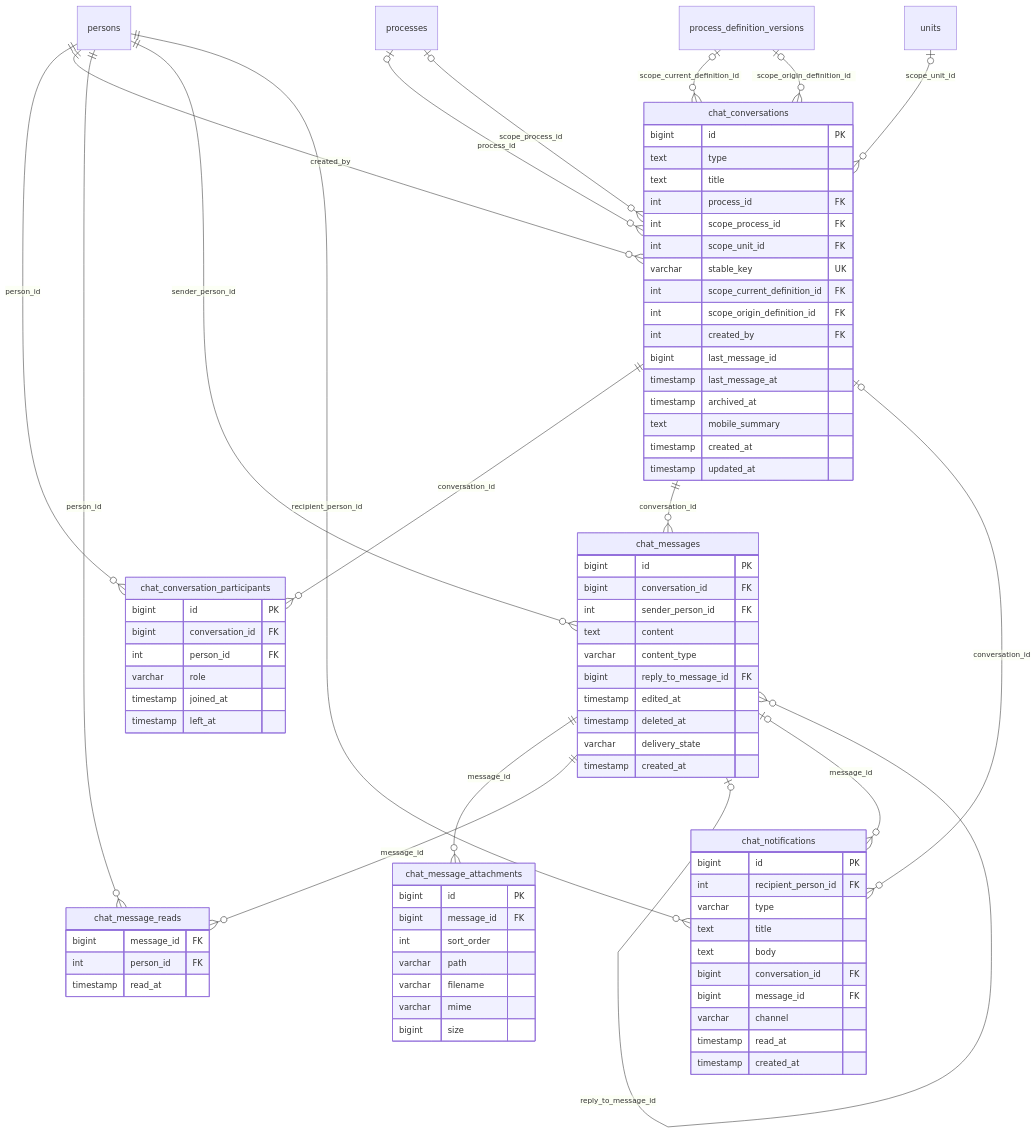
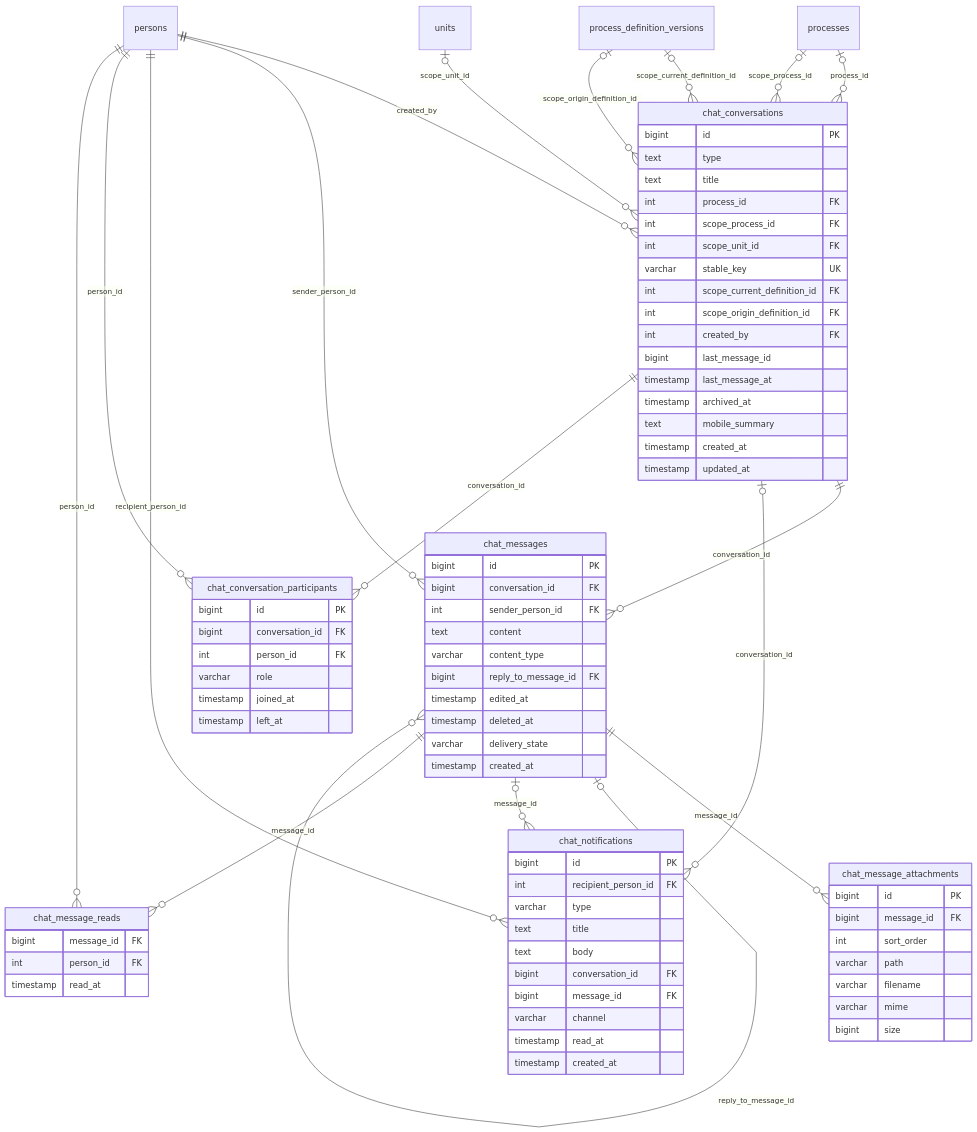
One commit to fresvel/deasy changed the tenth of 11 diagrams in docs/src/content/docs/complemento/mapa-con-campos.md. Above: the diagram before and after it, drawn with Mermaid. The commit also changed other lines of this file and 20 other files, not shown here.

````diff
--- a/docs/src/content/docs/complemento/mapa-con-campos.md
+++ b/docs/src/content/docs/complemento/mapa-con-campos.md
@@ -731,21 +731,21 @@
     timestamp read_at
     timestamp created_at
   }
-  chat_conversations ||--o{ chat_conversation_participants : "conversation_id"
-  persons ||--o{ chat_conversation_participants : "person_id"
+  chat_messages ||--o{ chat_message_attachments : "message_id"
   persons ||--o{ chat_conversations : "created_by"
   processes |o--o{ chat_conversations : "process_id"
   process_definition_versions |o--o{ chat_conversations : "scope_current_definition_id"
   process_definition_versions |o--o{ chat_conversations : "scope_origin_definition_id"
   processes |o--o{ chat_conversations : "scope_process_id"
   units |o--o{ chat_conversations : "scope_unit_id"
-  chat_messages ||--o{ chat_message_attachments : "message_id"
-  chat_messages ||--o{ chat_message_reads : "message_id"
-  persons ||--o{ chat_message_reads : "person_id"
   chat_conversations ||--o{ chat_messages : "conversation_id"
   chat_messages |o--o{ chat_messages : "reply_to_message_id"
   persons ||--o{ chat_messages : "sender_person_id"
   chat_conversations |o--o{ chat_notifications : "conversation_id"
   chat_messages |o--o{ chat_notifications : "message_id"
   persons ||--o{ chat_notifications : "recipient_person_id"
+  chat_conversations ||--o{ chat_conversation_participants : "conversation_id"
+  persons ||--o{ chat_conversation_participants : "person_id"
+  chat_messages ||--o{ chat_message_reads : "message_id"
+  persons ||--o{ chat_message_reads : "person_id"
 ```
````
